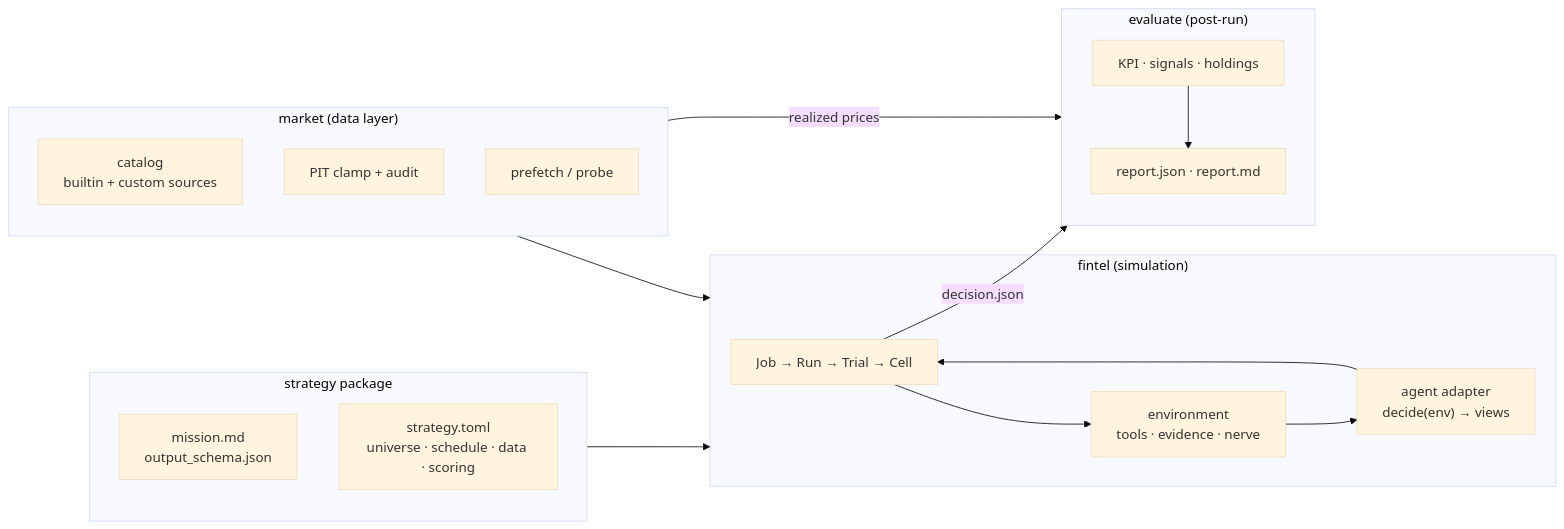
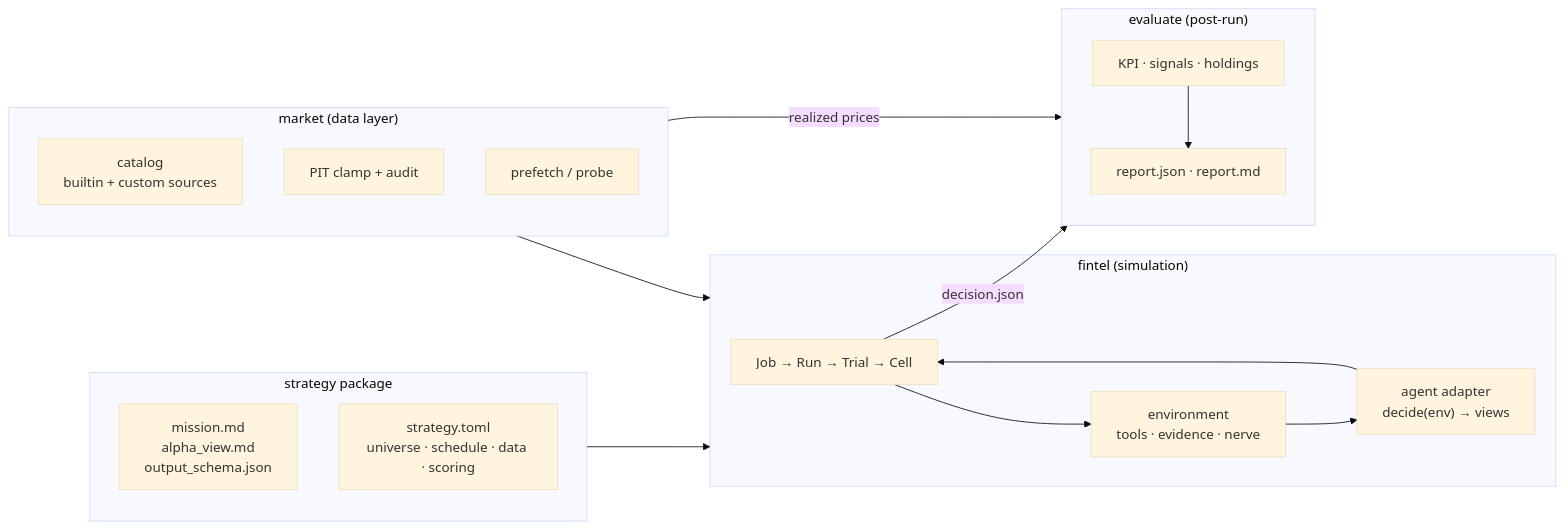
The first of 2 diagrams in docs/architecture.md (felixdaga/fintel), drawn with Mermaid (base theme) before and after one commit. The commit also changed other lines of this file and 53 other files, not shown here.

````diff
--- a/docs/architecture.md
+++ b/docs/architecture.md
@@ -9,28 +9,28 @@
 ```mermaid
 flowchart LR
     subgraph pack["strategy package"]
-        M["mission.md<br/>output_schema.json"]
+        M["mission.md<br/>alpha_view.md<br/>output_schema.json"]
         S["strategy.toml<br/>universe · schedule · data · scoring"]
     end
     subgraph mkt["market (data layer)"]
         C["catalog<br/>builtin + custom sources"]
         P["PIT clamp + audit"]
         F["prefetch / probe"]
     end
     subgraph sim["fintel (simulation)"]
         J["Job → Run → Trial → Cell"]
         E["environment<br/>tools · evidence · nerve"]
         A["agent adapter<br/>decide(env) → views"]
     end
     subgraph ev["evaluate (post-run)"]
         K["KPI · signals · holdings"]
         R["report.json · report.md"]
     end
 
     pack --> sim
     mkt --> sim
     J --> E --> A --> J
     J -->|"decision.json"| ev
     mkt -->|"realized prices"| ev
     K --> R
 ```
````
